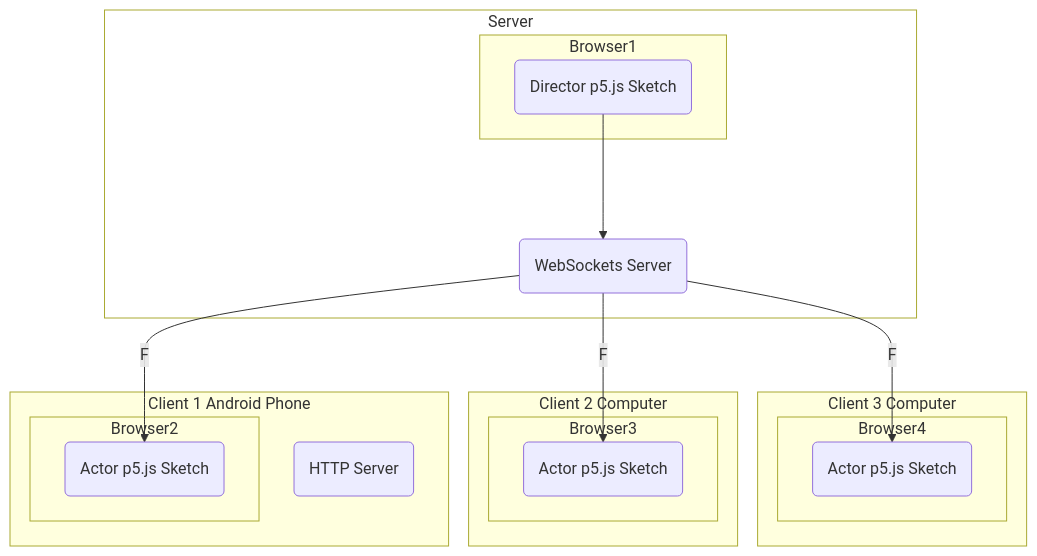
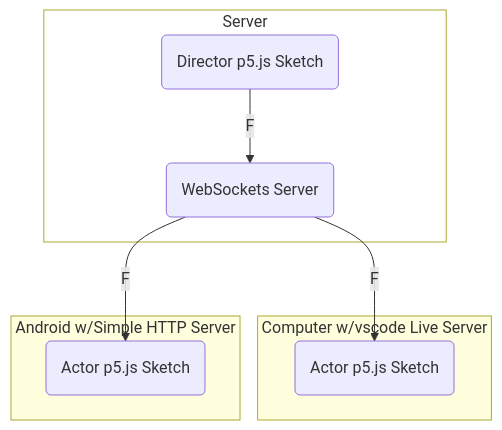
One commit to FSUdigitalmedia/websocket_comms changed the diagram in README.md. Above: the diagram before and after it, drawn with Mermaid.

Commit message:
Updated diagram

````diff
--- a/README.md
+++ b/README.md
@@ -26,26 +26,14 @@
 ```mermaid
 flowchart TD
     subgraph Server
     style Server fill:#fff
-    subgraph Browser1
     X(Director p5.js Sketch)
+    X --F--> Y(WebSockets Server)
     end
-    X ---> Y(WebSockets Server)
-    end
-    subgraph Client 3 Computer
-    subgraph Browser4
-    Y --F--> H(Actor p5.js Sketch)
-    end
-    end
-    subgraph Client 2 Computer
-    subgraph Browser3
+    subgraph Computer w/vscode Live Server
     Y --F--> I(Actor p5.js Sketch)
     end
-    end
-    subgraph Client 1 Android Phone
-    subgraph Browser2
+    subgraph Android w/Simple HTTP Server
     Y --F--> G(Actor p5.js Sketch)
     end
-    L(HTTP Server)
-    end
 ```
````
